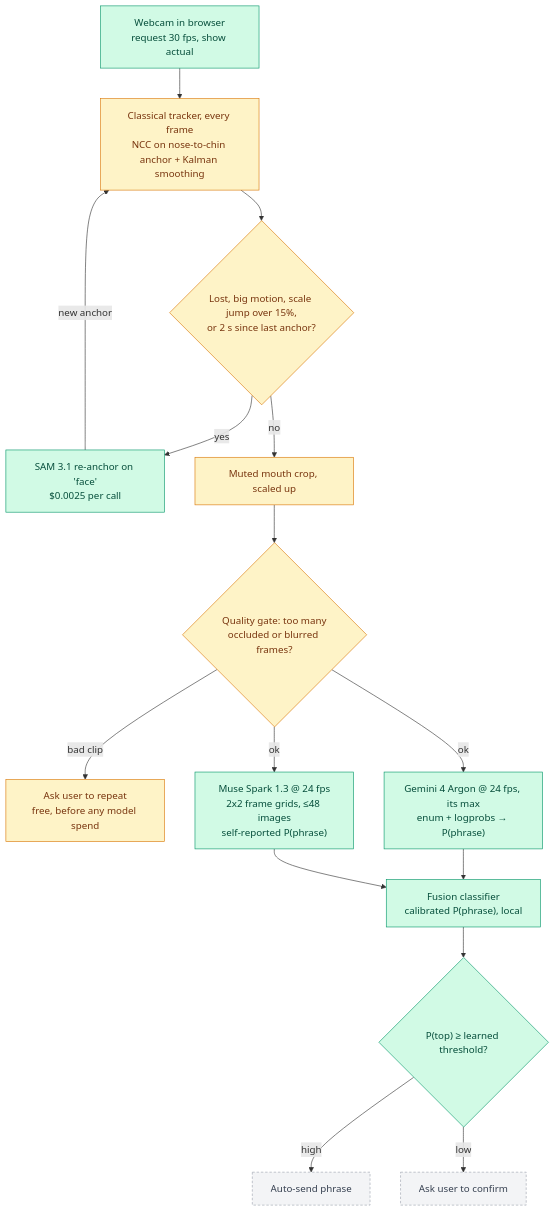
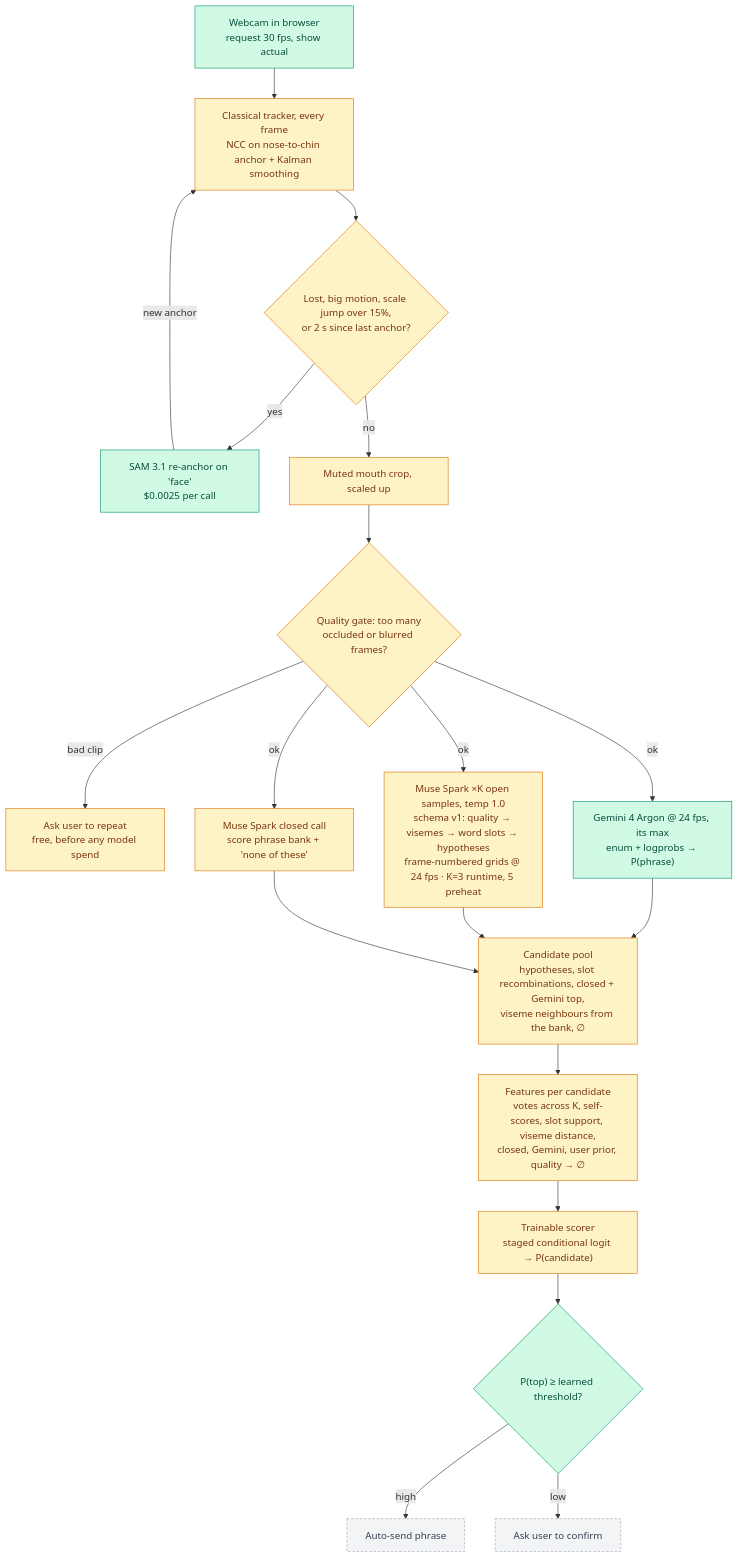
Before and after one commit to Darijan-Ducic/badge-machine: the first of 2 diagrams in docs/pipeline.md, drawn with Mermaid. The commit also changed other lines of this file, not shown here.

Commit message:
docs: pipeline shows K-sample Muse calls, candidate pool, features, staged scorer (building)

````diff
--- a/docs/pipeline.md
+++ b/docs/pipeline.md
@@ -7,32 +7,35 @@
 ```mermaid
 flowchart TD
   CAM["Webcam in browser<br/>request 30 fps, show actual"]
   TRK["Classical tracker, every frame<br/>NCC on nose-to-chin anchor + Kalman smoothing"]
   TRIG{"Lost, big motion, scale jump over 15%,<br/>or 2 s since last anchor?"}
   SAM["SAM 3.1 re-anchor on 'face'<br/>$0.0025 per call"]
   CROP["Muted mouth crop, scaled up"]
   QG{"Quality gate: too many<br/>occluded or blurred frames?"}
   REPEAT["Ask user to repeat<br/>free, before any model spend"]
   GEM["Gemini 4 Argon @ 24 fps, its max<br/>enum + logprobs → P(phrase)"]
-  MUSE["Muse Spark 1.3 @ 24 fps<br/>2x2 frame grids, ≤48 images<br/>self-reported P(phrase)"]
-  FUSE["Fusion classifier<br/>calibrated P(phrase), local"]
+  MUSEK["Muse Spark ×K open samples, temp 1.0<br/>schema v1: quality → visemes → word slots → hypotheses<br/>frame-numbered grids @ 24 fps · K=3 runtime, 5 preheat"]
+  MUSEC["Muse Spark closed call<br/>score phrase bank + 'none of these'"]
+  POOL["Candidate pool<br/>hypotheses, slot recombinations, closed + Gemini top,<br/>viseme neighbours from the bank, ∅"]
+  FEAT["Features per candidate<br/>votes across K, self-scores, slot support, viseme distance,<br/>closed, Gemini, user prior, quality → ∅"]
+  FUSE["Trainable scorer<br/>staged conditional logit → P(candidate)"]
   GATE{"P(top) ≥ learned threshold?"}
   SEND["Auto-send phrase"]
   CONFIRM["Ask user to confirm"]
 
   CAM --> TRK --> TRIG
   TRIG -- yes --> SAM -- new anchor --> TRK
   TRIG -- no --> CROP --> QG
   QG -- bad clip --> REPEAT
-  QG -- ok --> GEM & MUSE
-  GEM & MUSE --> FUSE --> GATE
+  QG -- ok --> GEM & MUSEK & MUSEC
+  GEM & MUSEK & MUSEC --> POOL --> FEAT --> FUSE --> GATE
   GATE -- high --> SEND
   GATE -- low --> CONFIRM
 
   classDef built fill:#d1fae5,stroke:#059669,color:#064e3b
   classDef building fill:#fef3c7,stroke:#d97706,color:#78350f
   classDef planned fill:#f3f4f6,stroke:#9ca3af,color:#374151,stroke-dasharray:4 3
-  class CAM,GEM,MUSE,FUSE,GATE,SAM built
-  class TRK,TRIG,CROP,QG,REPEAT building
+  class CAM,GEM,GATE,SAM built
+  class TRK,TRIG,CROP,QG,REPEAT,MUSEK,MUSEC,POOL,FEAT,FUSE building
   class SEND,CONFIRM planned
 ```
````
